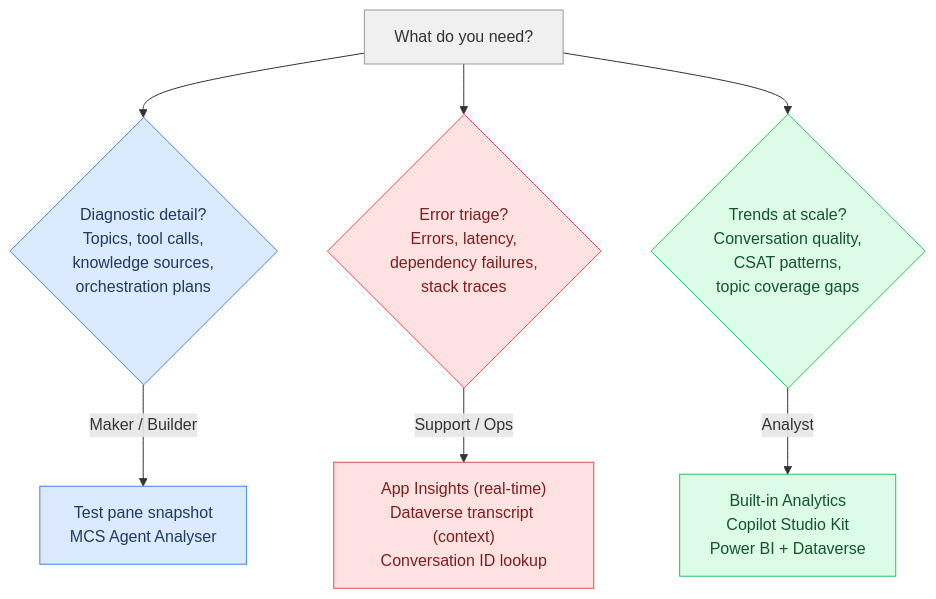
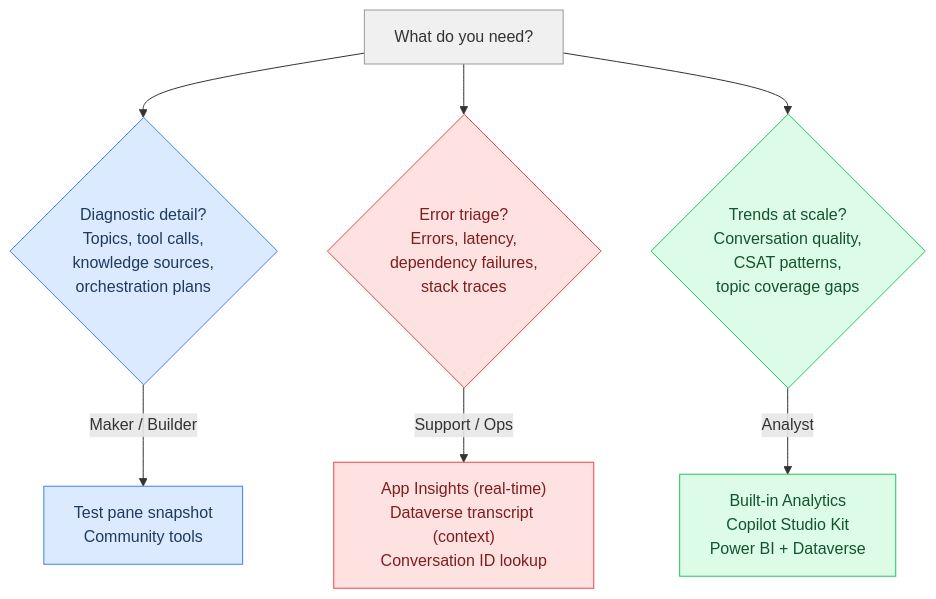
The first of 2 diagrams in _posts/2026-03-19-open-the-hood-copilot-studio-transcripts.md (microsoft/mcscatblog), drawn with Mermaid before and after one commit. The commit also changed other lines of this file, not shown here.

````diff
--- a/_posts/2026-03-19-open-the-hood-copilot-studio-transcripts.md
+++ b/_posts/2026-03-19-open-the-hood-copilot-studio-transcripts.md
@@ -35,15 +33,15 @@
 ```mermaid
 flowchart TD
     Q["What do you need?"]:::gray --> D{"Diagnostic detail?<br/>Topics, tool calls,<br/>knowledge sources,<br/>orchestration plans"}:::blue
     Q --> A{"Error triage?<br/>Errors, latency,<br/>dependency failures,<br/>stack traces"}:::red
     Q --> O{"Trends at scale?<br/>Conversation quality,<br/>CSAT patterns,<br/>topic coverage gaps"}:::green
 
-    D --> |Maker / Builder| D1["Test pane snapshot<br/>MCS Agent Analyser"]:::blue
+    D --> |Maker / Builder| D1["Test pane snapshot<br/>Community tools"]:::blue
     A --> |Support / Ops| A1["App Insights (real-time)<br/>Dataverse transcript (context)<br/>Conversation ID lookup"]:::red
     O --> |Analyst| O1["Built-in Analytics<br/>Copilot Studio Kit<br/>Power BI + Dataverse"]:::green
 
     classDef gray fill:#f0f0f0,stroke:#999,color:#333
     classDef blue fill:#dbeafe,stroke:#3b82f6,color:#1e3a5f
     classDef red fill:#fee2e2,stroke:#ef4444,color:#7f1d1d
     classDef green fill:#dcfce7,stroke:#22c55e,color:#14532d
 ```
````
